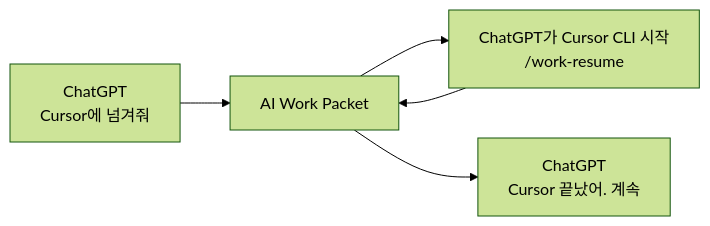
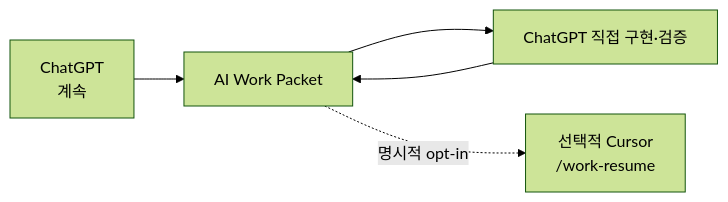
Before and after one commit to datarelay-labs/engineering-system-docs: the second of 2 diagrams in ko/adoption.mdx, drawn with Mermaid (forest theme). The commit also changed other lines of this file and 6 other files, not shown here.

Commit message:
docs: align Korean workflow with ChatGPT-primary execution

```diff
--- a/ko/adoption.mdx
+++ b/ko/adoption.mdx
@@ -204,7 +205,7 @@
 ~~~mermaid
 flowchart LR
-    A["ChatGPT<br/>Cursor에 넘겨줘"] --> B["AI Work Packet"]
-    B --> C["ChatGPT가 Cursor CLI 시작<br/>/work-resume"]
+    A["ChatGPT<br/>계속"] --> B["AI Work Packet"]
+    B --> C["ChatGPT 직접 구현·검증"]
     C --> B
-    B --> D["ChatGPT<br/>Cursor 끝났어. 계속"]
+    B -. 명시적 opt-in .-> D["선택적 Cursor<br/>/work-resume"]
 ~~~
```
